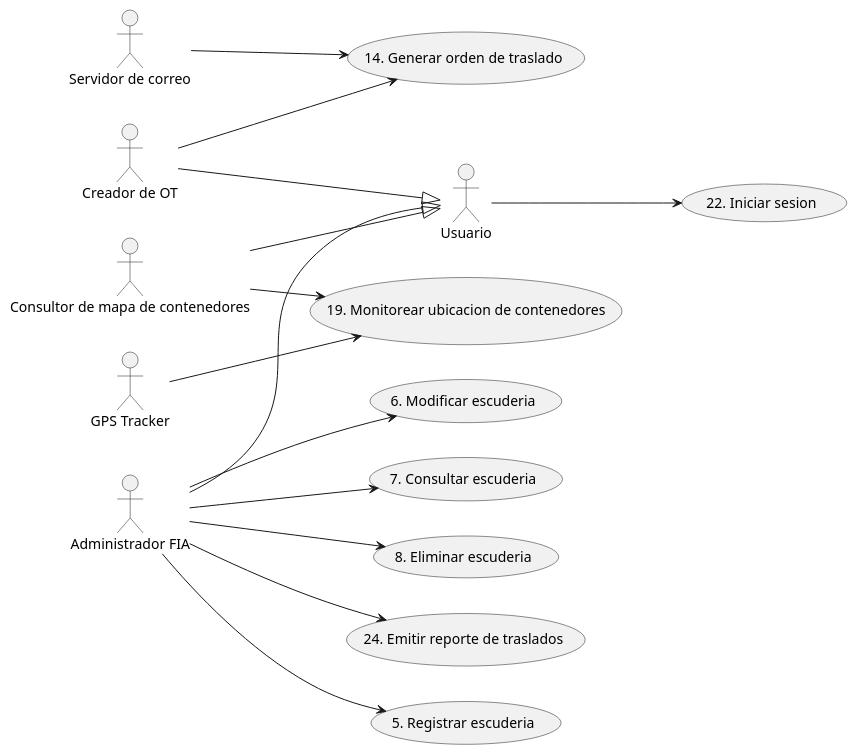
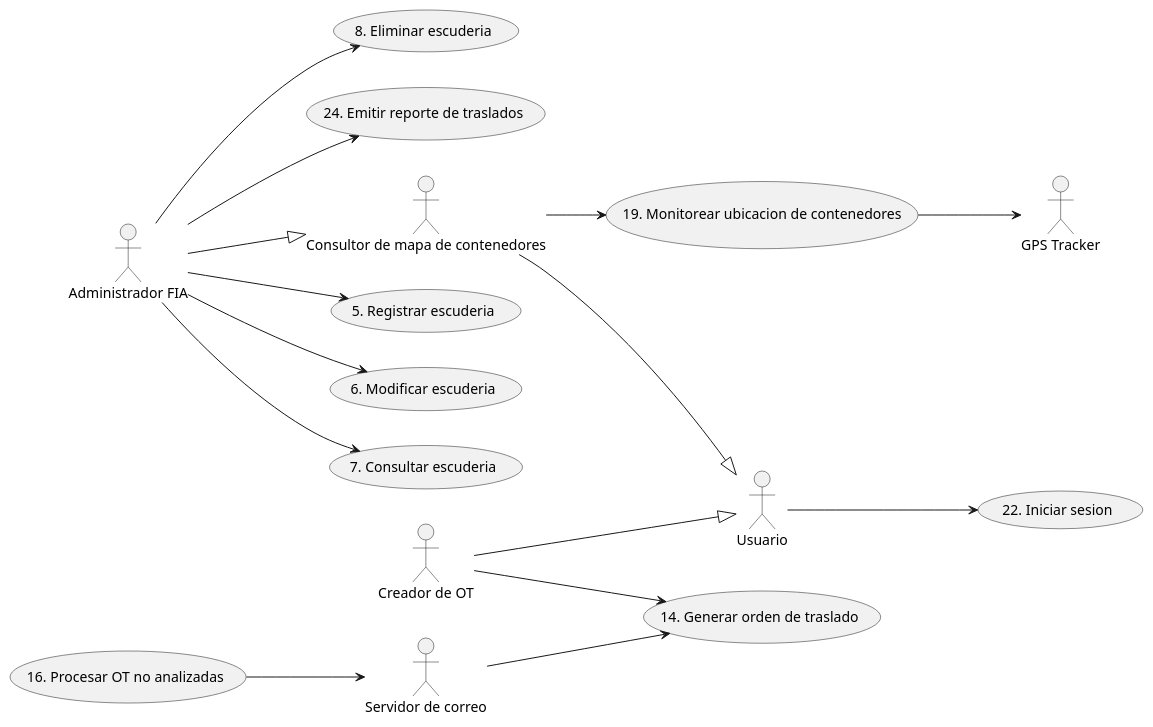
Before and after one commit to CeciliaRava1/disenio_2026: the diagram in 05_preparcial_f1/vistaFuncionalidad.plantuml, drawn with PlantUML. The commit also changed 2 other files, not shown here.

```diff
--- a/05_preparcial_f1/vistaFuncionalidad.plantuml
+++ b/05_preparcial_f1/vistaFuncionalidad.plantuml
@@ -1,35 +1,37 @@
 @startuml usecaseDiagram
 left to right direction
 
 actor "Administrador FIA" as AdminFIA
 actor "Creador de OT" as CreadorOT
 actor "Servidor de correo" as SCorreo
 actor "Usuario" as Usuario
 actor "Consultor de mapa de contenedores" as ConsultorMapa
 actor "GPS Tracker" as GPS
 
 usecase "5. Registrar escuderia" as U5
 usecase "6. Modificar escuderia" as U6
 usecase "7. Consultar escuderia" as U7
 usecase "8. Eliminar escuderia" as U8
 usecase "14. Generar orden de traslado" as U14
 usecase "22. Iniciar sesion" as U22
 usecase "19. Monitorear ubicacion de contenedores" as U19
 usecase "24. Emitir reporte de traslados" as U24
+usecase "16. Procesar OT no analizadas" as U16
 
-AdminFIA --|> Usuario
+AdminFIA --|> ConsultorMapa
 CreadorOT --|> Usuario
 ConsultorMapa --|> Usuario
 Usuario --> U22
 
 AdminFIA --> U5
 AdminFIA --> U6
 AdminFIA --> U7
 AdminFIA --> U8
 AdminFIA --> U24
 
 CreadorOT --> U14
 SCorreo --> U14
+U16 --> SCorreo
 ConsultorMapa --> U19
-GPS --> U19
+U19 --> GPS
 @enduml
```
